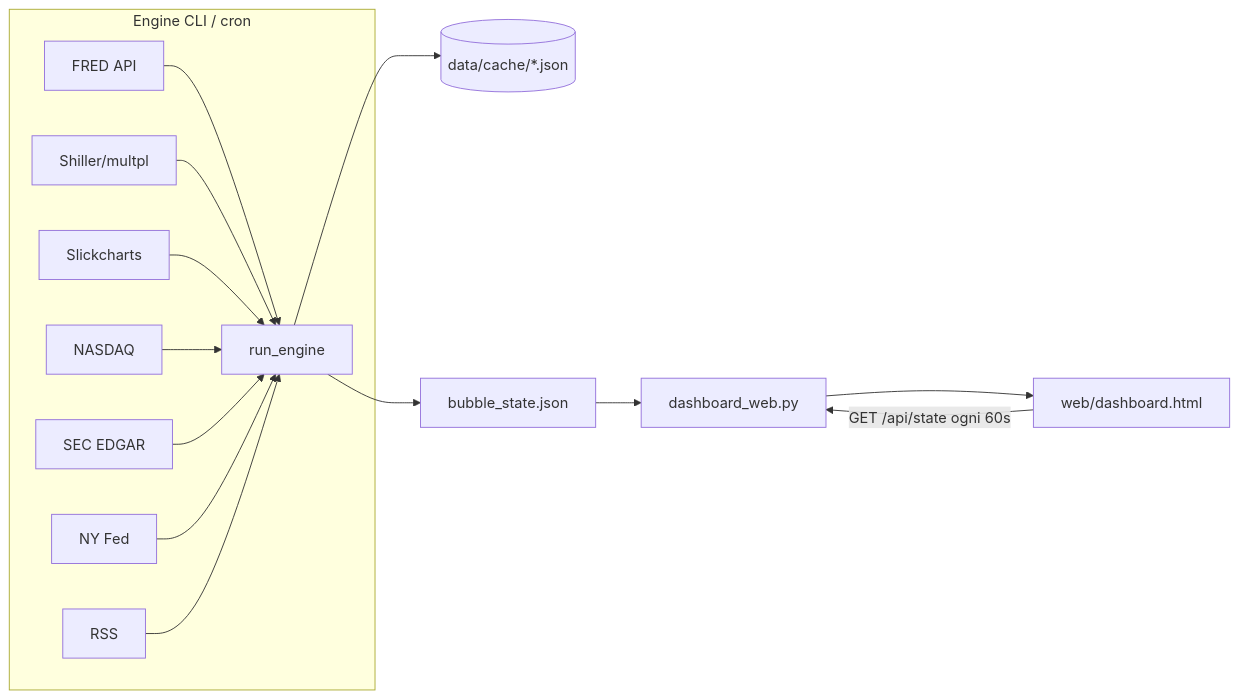
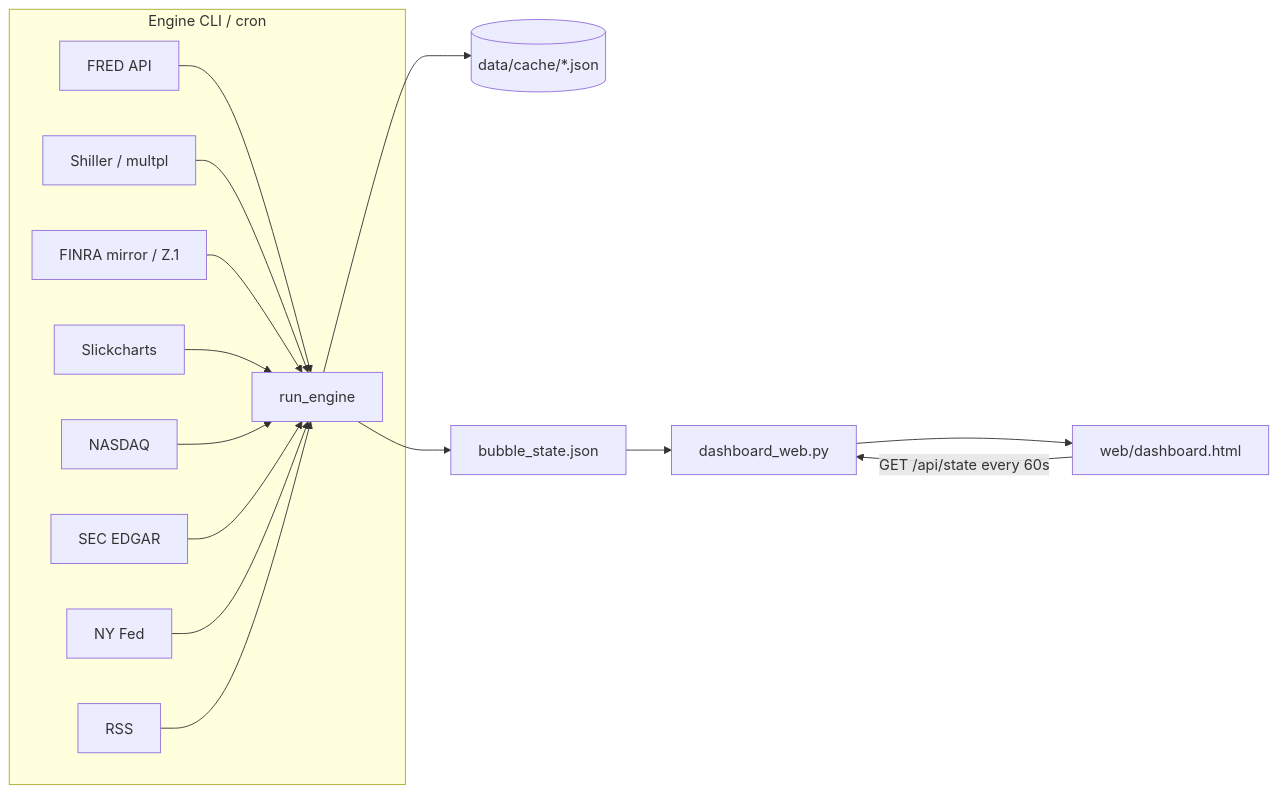
The diagram in docs/architecture.md (antonio-backend-projects/SP500-ai-bubble-monitor), drawn with Mermaid before and after one commit. The commit also changed other lines of this file and 39 other files, not shown here.

````diff
--- a/docs/architecture.md
+++ b/docs/architecture.md
@@ -5,24 +5,26 @@
 ```mermaid
 flowchart LR
   subgraph fetch [Engine CLI / cron]
     FRED[FRED API]
-    SH[Shiller/multpl]
+    SH[Shiller / multpl]
+    M[FINRA mirror / Z.1]
     SL[Slickcharts]
     NQ[NASDAQ]
     SEC[SEC EDGAR]
     NY[NY Fed]
     RSS[RSS]
     FRED --> ENG[run_engine]
     SH --> ENG
+    M --> ENG
     SL --> ENG
     NQ --> ENG
     SEC --> ENG
     NY --> ENG
     RSS --> ENG
   end
   ENG --> CACHE[(data/cache/*.json)]
   ENG --> STATE[bubble_state.json]
   STATE --> WEB[dashboard_web.py]
   WEB --> UI[web/dashboard.html]
-  UI -->|GET /api/state ogni 60s| WEB
+  UI -->|GET /api/state every 60s| WEB
 ```
````
